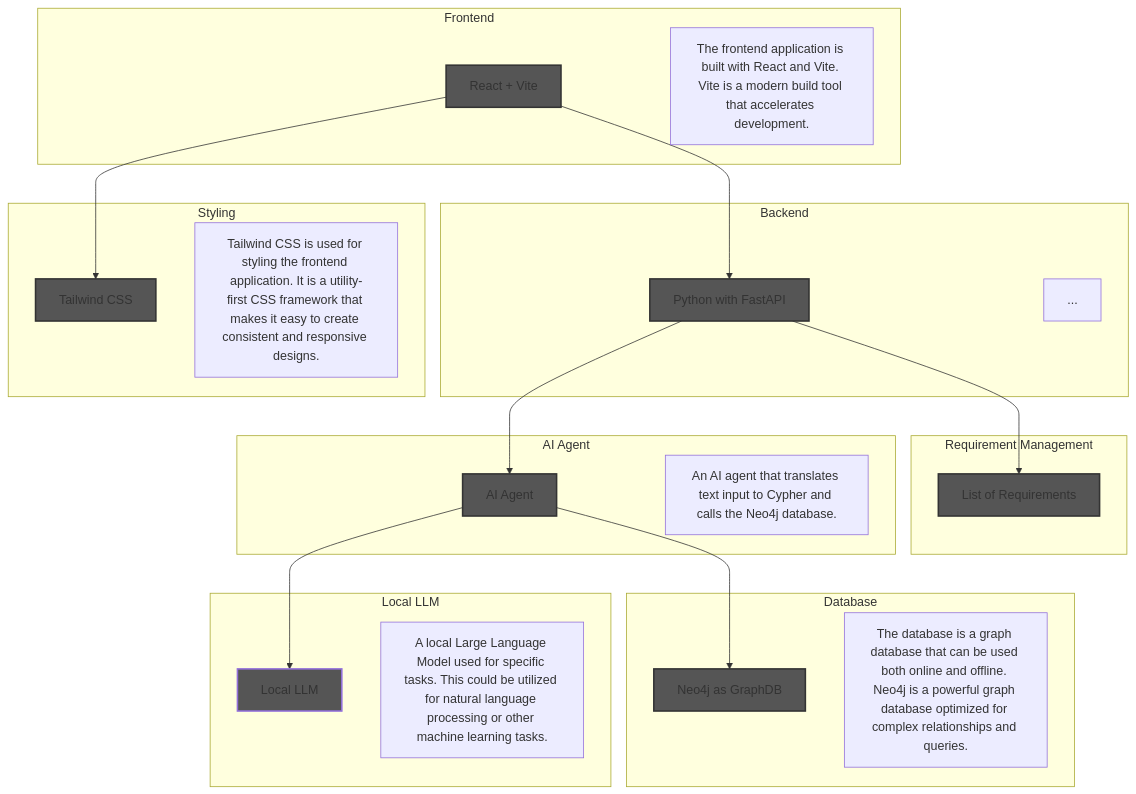
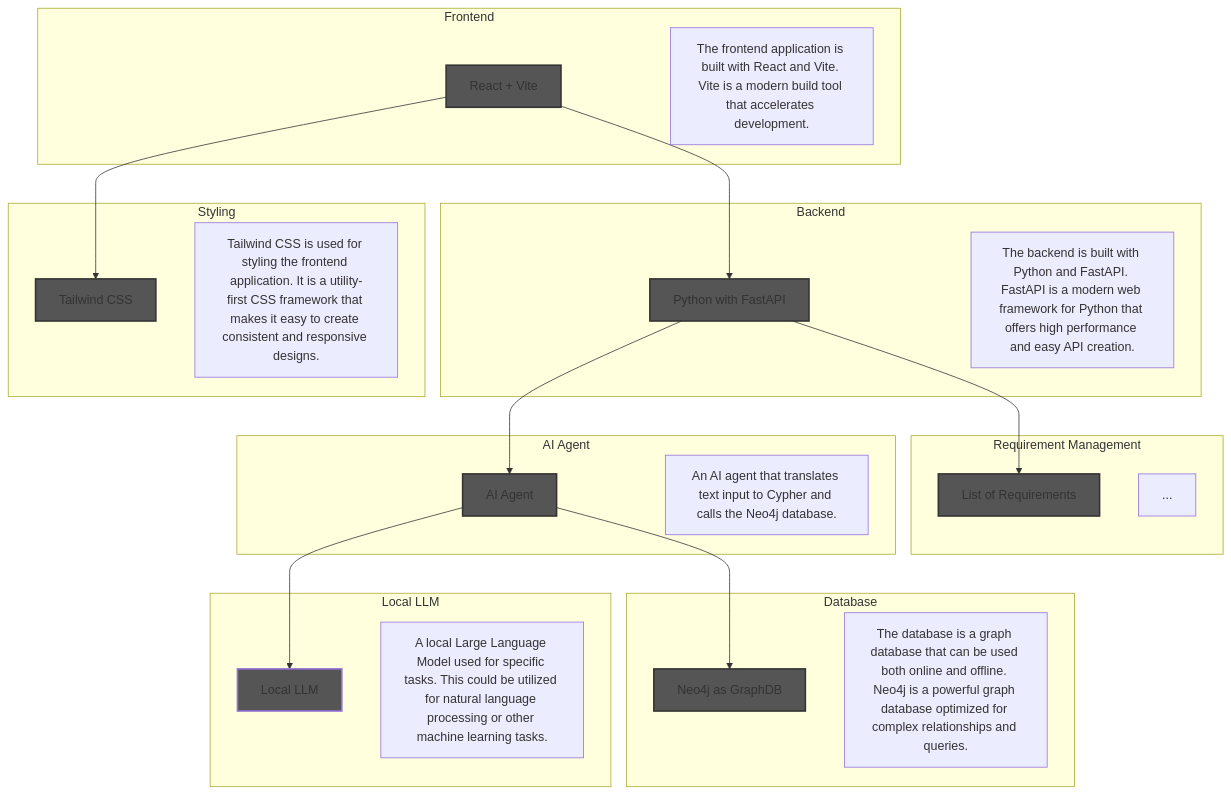
The diagram in README.md (blog-fl/poc-archi-to-neo4j-to-app), drawn with Mermaid before and after one commit.

````diff
--- a/README.md
+++ b/README.md
@@ -4,55 +4,55 @@
 ```mermaid
 graph TD
     subgraph Frontend
         A[React + Vite]
         A1[The frontend application is built with React and Vite. Vite is a modern build tool that accelerates development.]
     end
 
     subgraph Backend
         B[Python with FastAPI]
         B1[The backend is built with Python and FastAPI. FastAPI is a modern web framework for Python that offers high performance and easy API creation.]
     end
 
     subgraph Requirement Management
         RFP[List of Requirements]
-        B1[...]
+        RFP1[...]
     end
 
     subgraph Database
         C[Neo4j as GraphDB]
         C1[The database is a graph database that can be used both online and offline. Neo4j is a powerful graph database optimized for complex relationships and queries.]
     end
 
     subgraph Local LLM
         D[Local LLM]
         D1[A local Large Language Model used for specific tasks. This could be utilized for natural language processing or other machine learning tasks.]
     end
 
     subgraph AI Agent
         F[AI Agent]
         F1[An AI agent that translates text input to Cypher and calls the Neo4j database.]
     end
 
     subgraph Styling
         E[Tailwind CSS]
         E1[Tailwind CSS is used for styling the frontend application. It is a utility-first CSS framework that makes it easy to create consistent and responsive designs.]
     end
 
 
 
     A --> B
     B --> F
     A --> E
     F --> C
     F --> D
     B --> RFP
 
     style A fill:#555,stroke:#333,stroke-width:2px
     style B fill:#555,stroke:#333,stroke-width:2px
     style C fill:#555,stroke:#333,stroke-width:2px
     style D fill:#555,stroke-width:2px
     style E fill:#555,stroke:#333,stroke-width:2px
     style F fill:#555,stroke:#333,stroke-width:2px
     style RFP fill:#555,stroke:#333,stroke-width:2px
 
 ```
````
